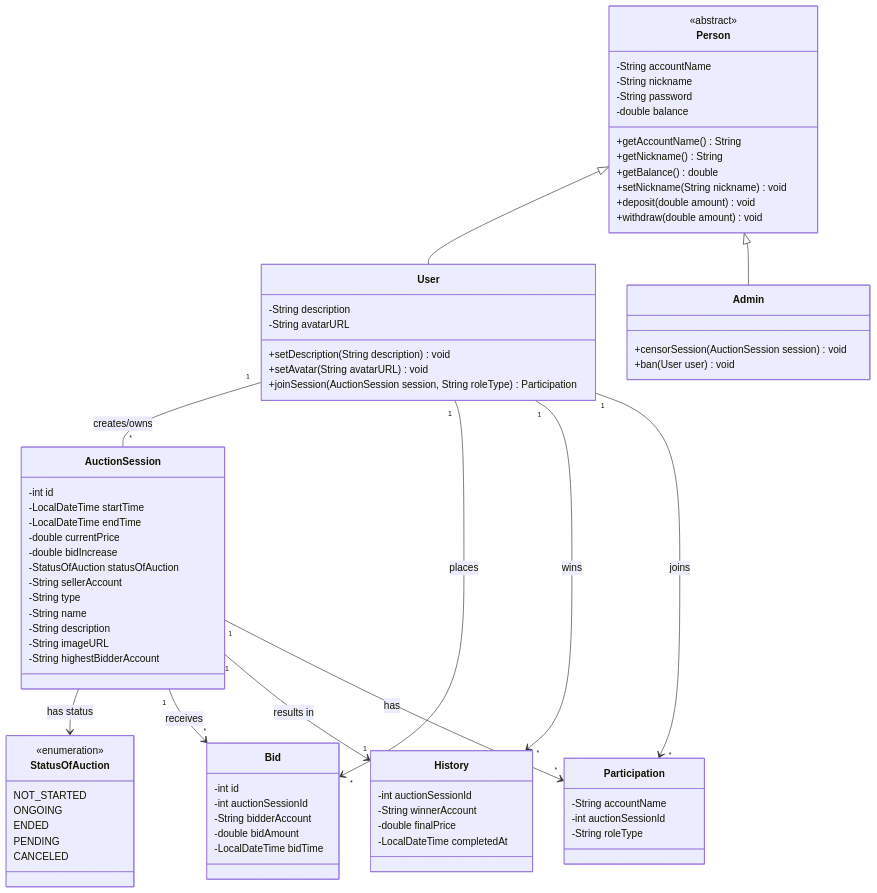
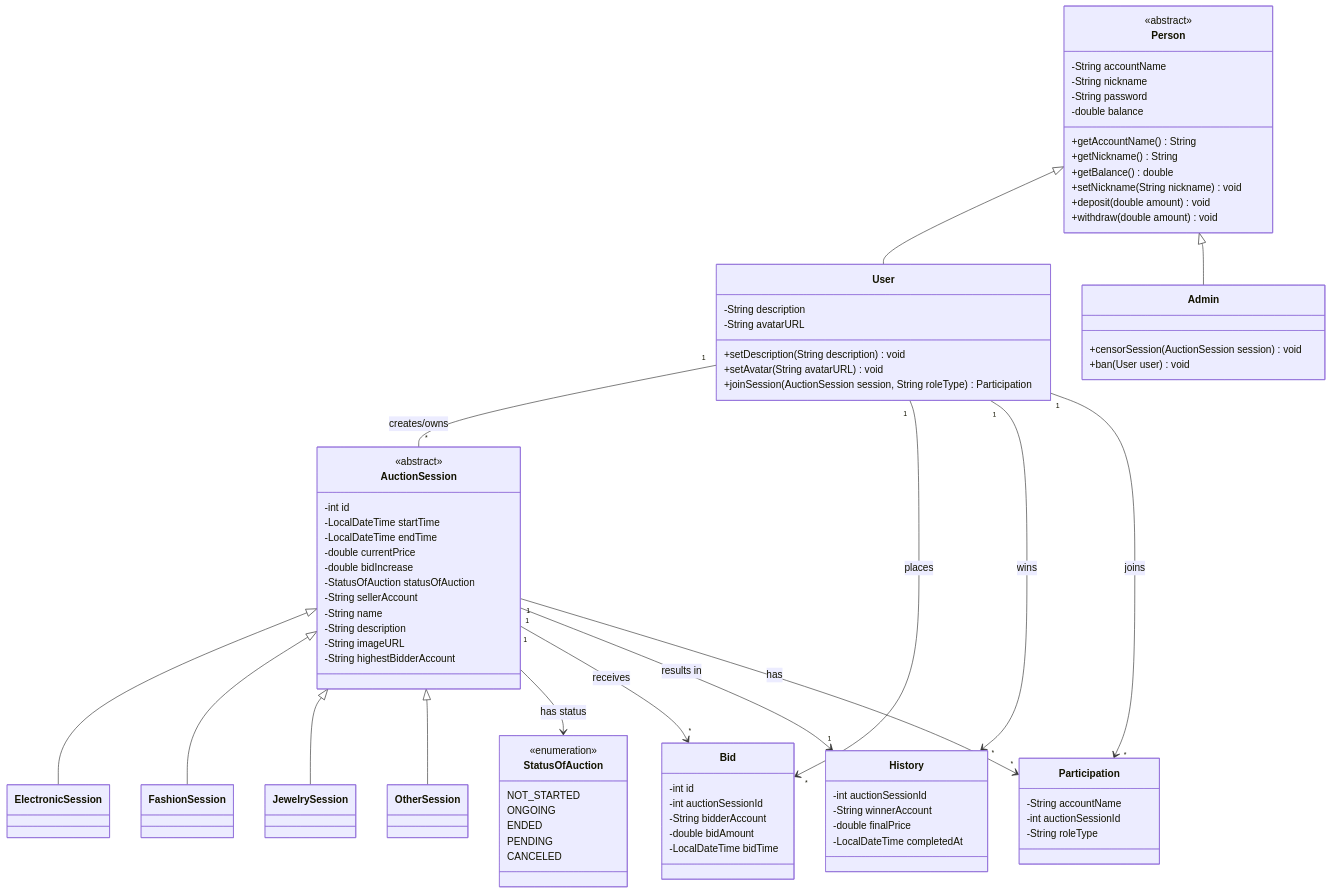
Before and after one commit to phudeptraibodoithe/Bai-tap-lon-nhom-6: the first of 3 diagrams in README.md, drawn with Mermaid. The commit also changed other lines of this file, not shown here.

Commit message:
docs: sửa UML và thêm các sơ đồ hoạt động

```diff
--- a/README.md
+++ b/README.md
@@ -67,8 +67,9 @@
     Person <|-- User
     Person <|-- Admin
 
-    %% --- PHẦN ENTITY CỐT LÕI ---
+    %% --- PHẦN ENTITY CỐT LÕI Đ ĐÃ SỬA ---
     class AuctionSession {
+        <<abstract>>
         -int id
         -LocalDateTime startTime
         -LocalDateTime endTime
@@ -76,12 +77,26 @@
         -double bidIncrease
         -StatusOfAuction statusOfAuction
         -String sellerAccount
-        -String type
         -String name
         -String description
         -String imageURL
         -String highestBidderAccount
     }
+
+    %% Các Class con của AuctionSession (Bạn hãy đổi tên theo đúng ảnh của bạn)
+    class ElectronicSession {
+    }
+    class FashionSession {
+    }
+    class JewelrySession {
+    }
+    class OtherSession {
+    }
+
+    AuctionSession <|-- ElectronicSession
+    AuctionSession <|-- FashionSession
+    AuctionSession <|-- JewelrySession
+    AuctionSession <|-- OtherSession
 
     AuctionSession --> StatusOfAuction : has status
 
@@ -106,7 +121,7 @@
     User "1" --> "*" History : wins
     AuctionSession "1" --> "1" History : results in
 
-    %% --- PHẦN PARTICIPATION ĐÃ SỬA THEO CODE JAVA ---
+    %% --- PHẦN PARTICIPATION ---
     class Participation {
         -String accountName
         -int auctionSessionId
```
